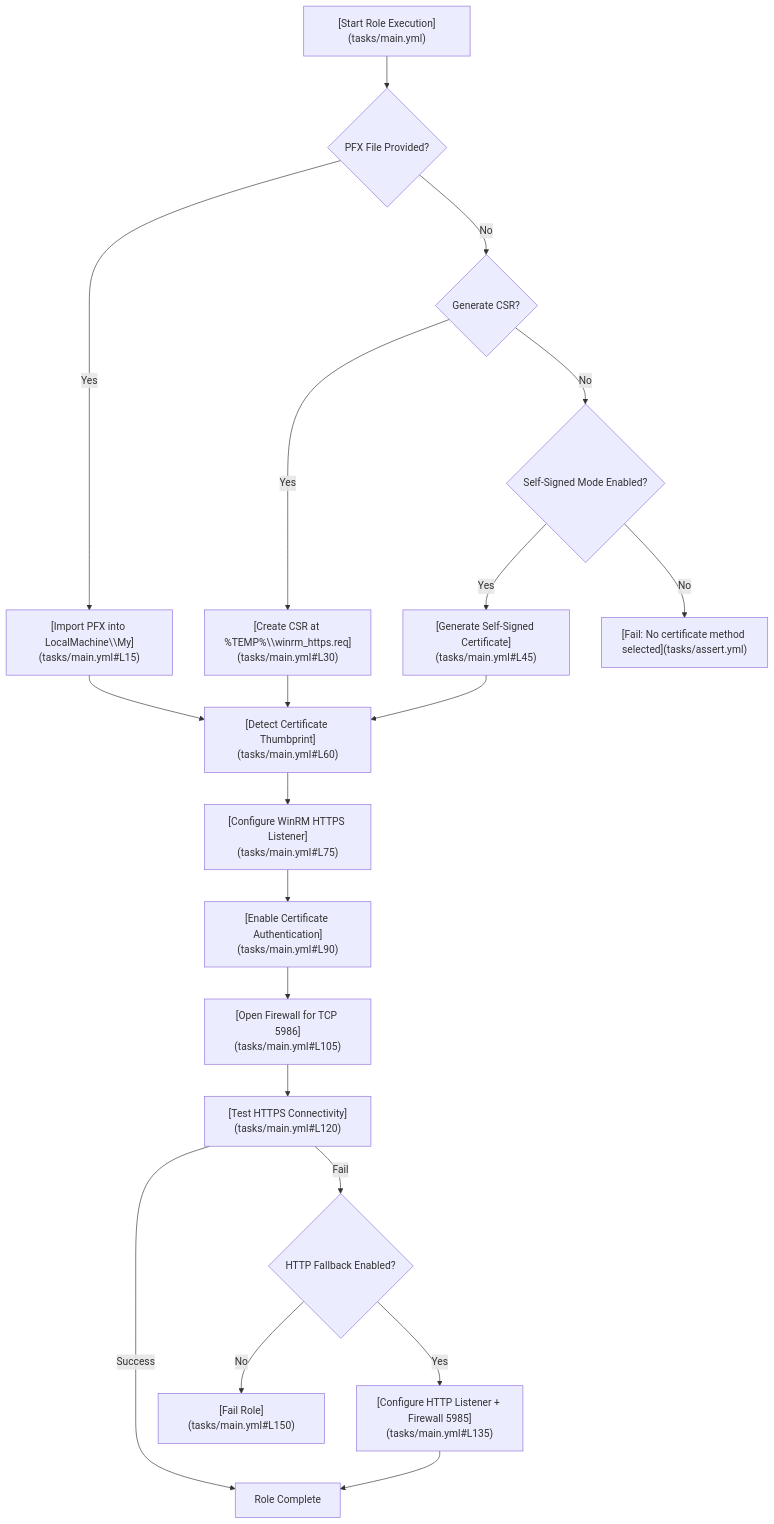
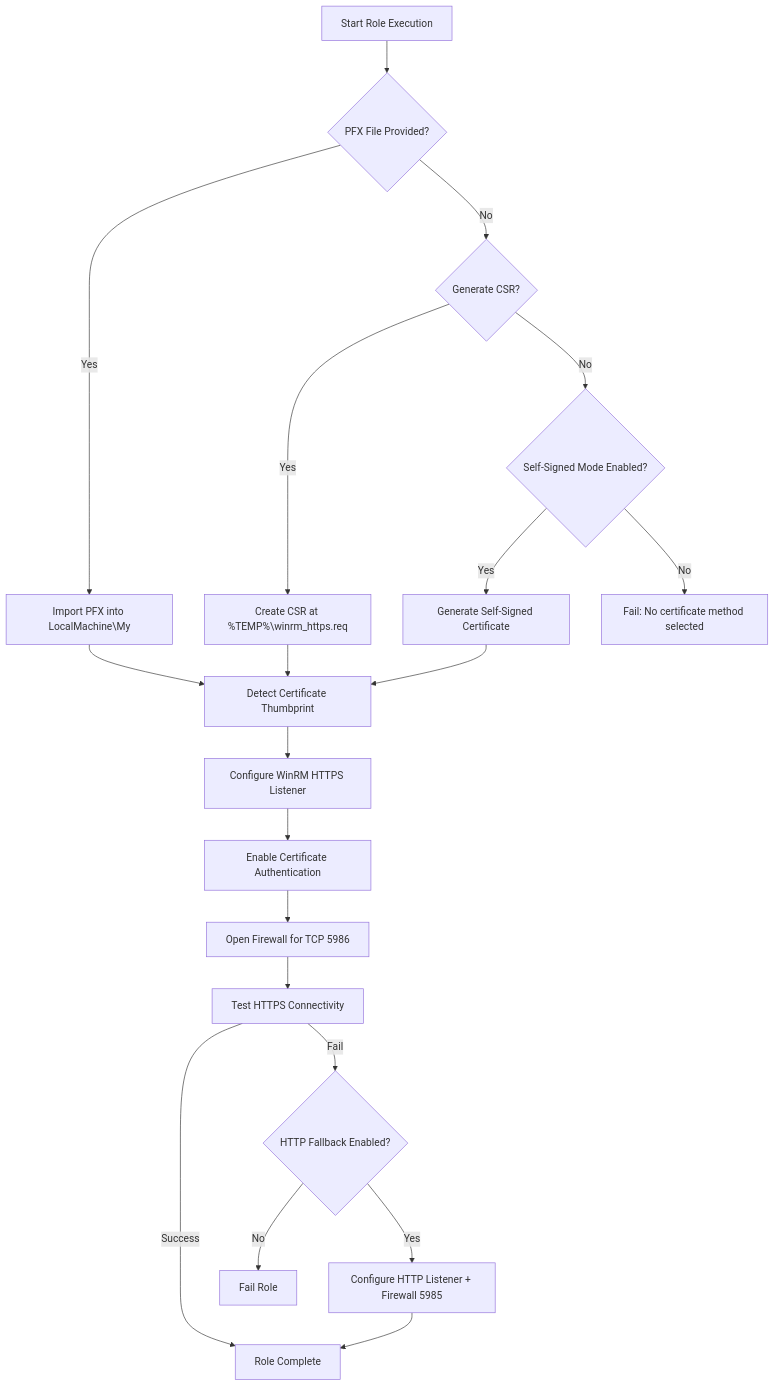
Before and after one commit to hetfs/dotfiles: the diagram in ansible/inventories/roles/winrm_cert_https/README.md, drawn with Mermaid. The commit also changed other lines of this file, not shown here.

````diff
--- a/ansible/inventories/roles/winrm_cert_https/README.md
+++ b/ansible/inventories/roles/winrm_cert_https/README.md
@@ -57,24 +65,24 @@
 ```mermaid
 graph TD
-    A["[Start Role Execution](tasks/main.yml)"] --> B{PFX File Provided?}
-    B -- Yes --> C["[Import PFX into LocalMachine\\My](tasks/main.yml#L15)"]
+    A[Start Role Execution] --> B{PFX File Provided?}
+    B -- Yes --> C[Import PFX into LocalMachine\My]
     B -- No --> D{Generate CSR?}
-    D -- Yes --> E["[Create CSR at %TEMP%\\winrm_https.req](tasks/main.yml#L30)"]
+    D -- Yes --> E[Create CSR at %TEMP%\winrm_https.req]
     D -- No --> F{Self-Signed Mode Enabled?}
-    F -- Yes --> G["[Generate Self-Signed Certificate](tasks/main.yml#L45)"]
-    F -- No --> H["[Fail: No certificate method selected](tasks/assert.yml)"]
+    F -- Yes --> G[Generate Self-Signed Certificate]
+    F -- No --> H[Fail: No certificate method selected]
 
-    C --> I["[Detect Certificate Thumbprint](tasks/main.yml#L60)"]
+    C --> I[Detect Certificate Thumbprint]
     E --> I
     G --> I
 
-    I --> J["[Configure WinRM HTTPS Listener](tasks/main.yml#L75)"]
-    J --> K["[Enable Certificate Authentication](tasks/main.yml#L90)"]
-    K --> L["[Open Firewall for TCP 5986](tasks/main.yml#L105)"]
-    L --> M["[Test HTTPS Connectivity](tasks/main.yml#L120)"]
+    I --> J[Configure WinRM HTTPS Listener]
+    J --> K[Enable Certificate Authentication]
+    K --> L[Open Firewall for TCP 5986]
+    L --> M[Test HTTPS Connectivity]
     M -- Success --> N[Role Complete]
     M -- Fail --> O{HTTP Fallback Enabled?}
-    O -- Yes --> P["[Configure HTTP Listener + Firewall 5985](tasks/main.yml#L135)"]
-    O -- No --> Q["[Fail Role](tasks/main.yml#L150)"]
+    O -- Yes --> P[Configure HTTP Listener + Firewall 5985]
+    O -- No --> Q[Fail Role]
     P --> N
 ```
````
